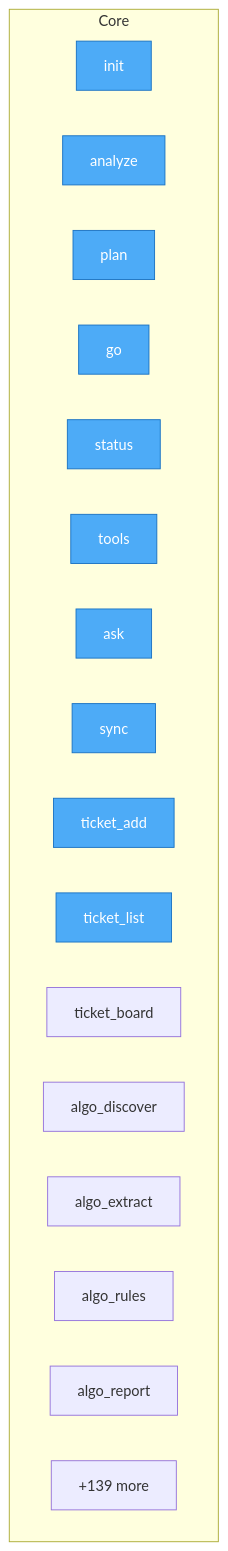
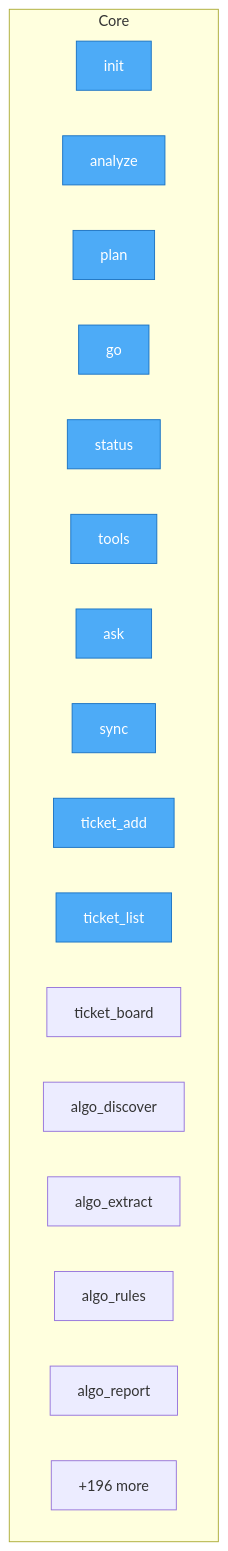
One commit to semcod/algitex changed the diagram in project/flow.mmd. Above: the diagram before and after it, drawn with Mermaid. The commit also changed 121 other files, not shown here.

```diff
--- a/project/flow.mmd
+++ b/project/flow.mmd
@@ -1,25 +1,25 @@
 flowchart TD
 
     %% Entry points (blue)
     classDef entry fill:#4dabf7,stroke:#1971c2,color:#fff
 
     subgraph Core
         src__algitex__cli__init["init"]
         src__algitex__cli__analyze["analyze"]
         src__algitex__cli__plan["plan"]
         src__algitex__cli__go["go"]
         src__algitex__cli__status["status"]
         src__algitex__cli__tools["tools"]
         src__algitex__cli__ask["ask"]
         src__algitex__cli__sync["sync"]
         src__algitex__cli__ticket_add["ticket_add"]
         src__algitex__cli__ticket_list["ticket_list"]
         src__algitex__cli__ticket_board["ticket_board"]
         src__algitex__cli__algo_discover["algo_discover"]
         src__algitex__cli__algo_extract["algo_extract"]
         src__algitex__cli__algo_rules["algo_rules"]
         src__algitex__cli__algo_report["algo_report"]
-        ...["+139 more"]
+        ...["+196 more"]
     end
 
     class src__algitex__cli__init,src__algitex__cli__analyze,src__algitex__cli__plan,src__algitex__cli__go,src__algitex__cli__status,src__algitex__cli__tools,src__algitex__cli__ask,src__algitex__cli__sync,src__algitex__cli__ticket_add,src__algitex__cli__ticket_list entry
```
